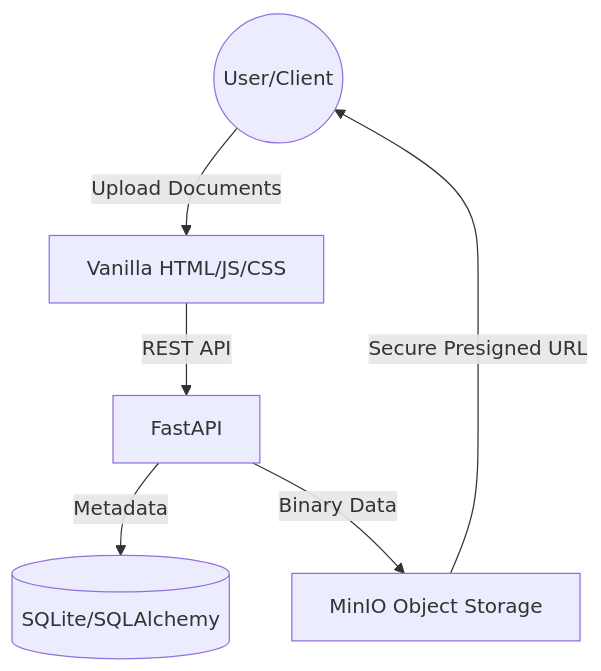
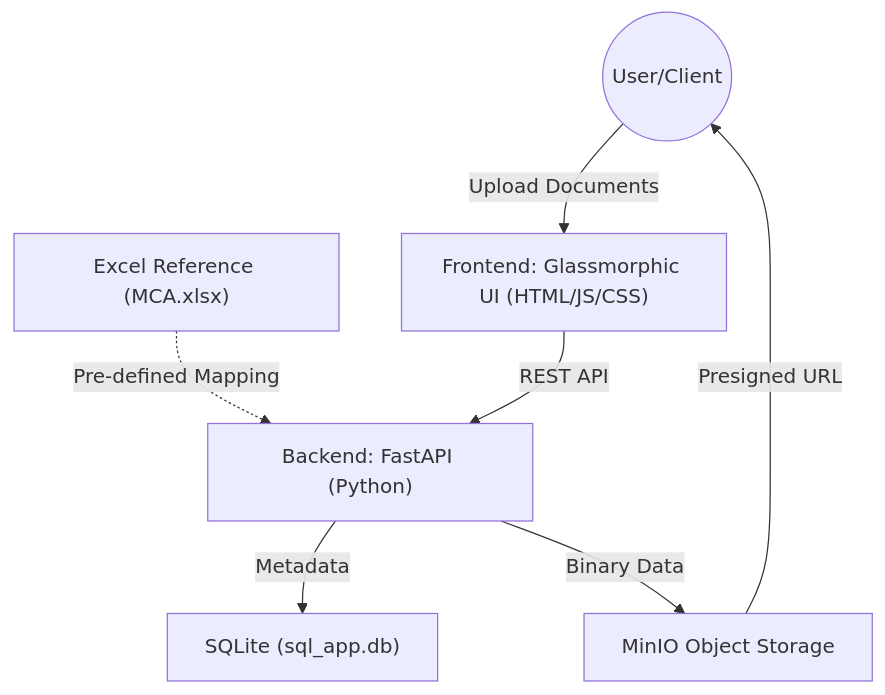
One commit to vidit-arca/DocVault changed the diagram in DOCUMENTATION.md. Above: the diagram before and after it, drawn with Mermaid. The commit also changed other lines of this file and 1 other file, not shown here.

Commit message:
Update API_URL to use dynamic window location for improved deployment flexibility

````diff
--- a/DOCUMENTATION.md
+++ b/DOCUMENTATION.md
@@ -28,8 +26,9 @@
 ```mermaid
 graph TD
-    User((User/Client)) -->|Upload Documents| Frontend[Vanilla HTML/JS/CSS]
-    Frontend -->|REST API| Backend[FastAPI]
-    Backend -->|Metadata| DB[(SQLite/SQLAlchemy)]
-    Backend -->|Binary Data| Storage[MinIO Object Storage]
-    Storage -->|Secure Presigned URL| User
+    User((User/Client)) -->|Upload Documents| Frontend["Frontend: Glassmorphic UI (HTML/JS/CSS)"]
+    Excel["Excel Reference (MCA.xlsx)"] -.->|Pre-defined Mapping| Backend
+    Frontend -->|REST API| Backend["Backend: FastAPI (Python)"]
+    Backend -->|Metadata| MetaDB["SQLite (sql_app.db)"]
+    Backend -->|Binary Data| Storage["MinIO Object Storage"]
+    Storage -->|Presigned URL| User
 ```
````
